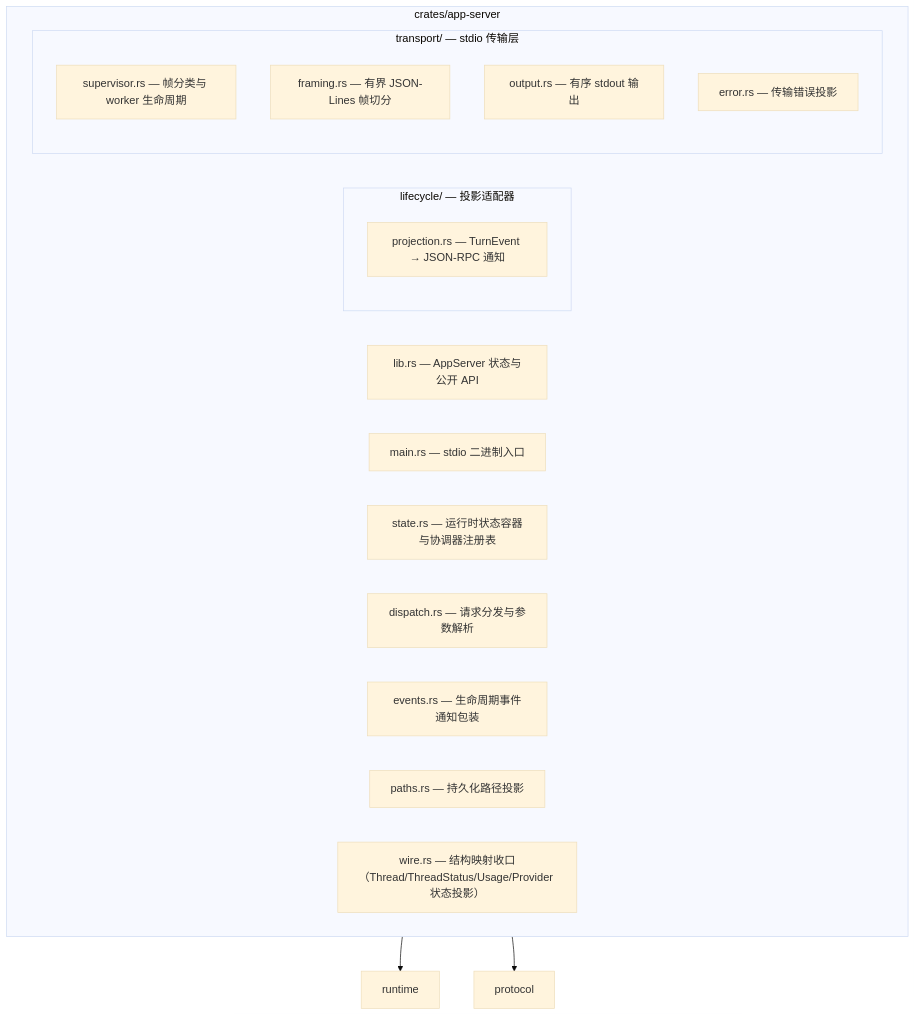
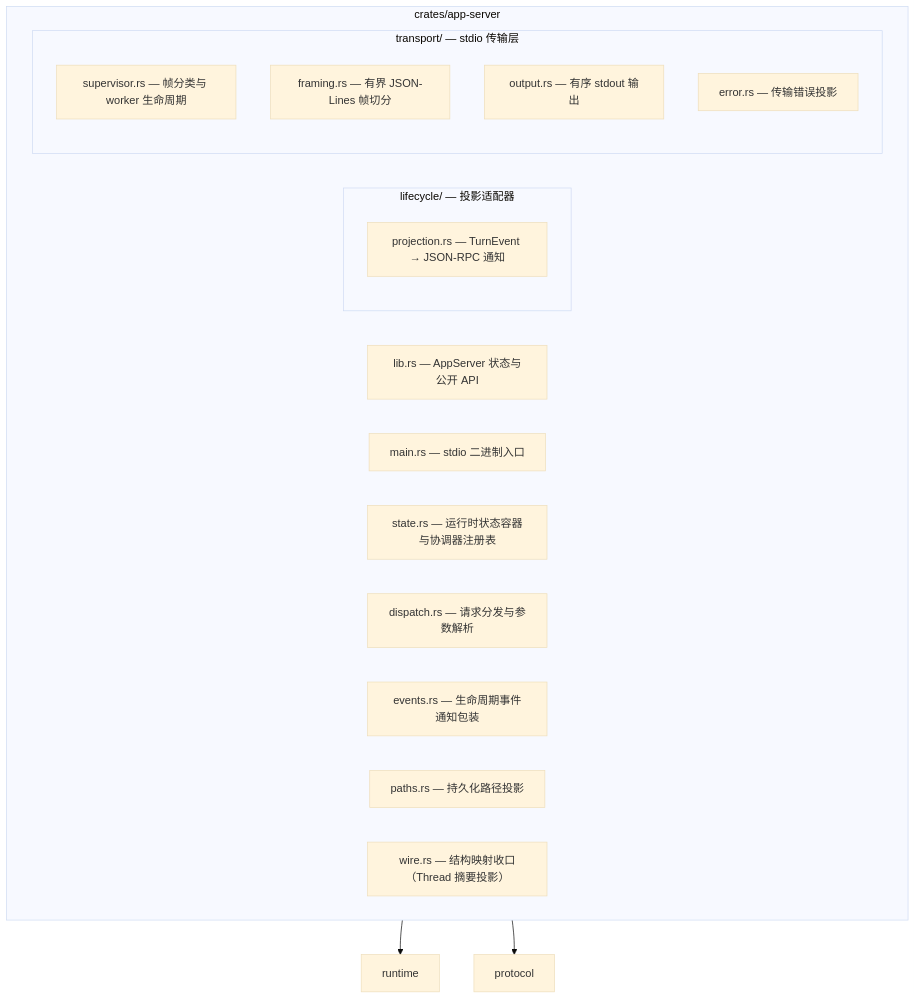
The ninth of 10 diagrams in docs/repository-map.md (qjcnmd/singularity-agent), drawn with Mermaid (base theme) before and after one commit. The commit also changed 29 other files, not shown here.

````diff
--- a/docs/repository-map.md
+++ b/docs/repository-map.md
@@ -226,23 +226,23 @@
 ```mermaid
 flowchart TD
     subgraph appserver["crates/app-server"]
         lib["lib.rs — AppServer 状态与公开 API"]
         main["main.rs — stdio 二进制入口"]
         state["state.rs — 运行时状态容器与协调器注册表"]
         dispatch["dispatch.rs — 请求分发与参数解析"]
         events["events.rs — 生命周期事件通知包装"]
         paths["paths.rs — 持久化路径投影"]
-        wire["wire.rs — 结构映射收口（Thread/ThreadStatus/Usage/Provider 状态投影）"]
+        wire["wire.rs — 结构映射收口（Thread 摘要投影）"]
         subgraph lifecycle["lifecycle/ — 投影适配器"]
             projection["projection.rs — TurnEvent → JSON-RPC 通知"]
         end
         subgraph transport["transport/ — stdio 传输层"]
             sup["supervisor.rs — 帧分类与 worker 生命周期"]
             framing["framing.rs — 有界 JSON-Lines 帧切分"]
             output["output.rs — 有序 stdout 输出"]
             terr["error.rs — 传输错误投影"]
         end
     end
     appserver --> runtime["runtime"]
     appserver --> protocol["protocol"]
 ```
````
